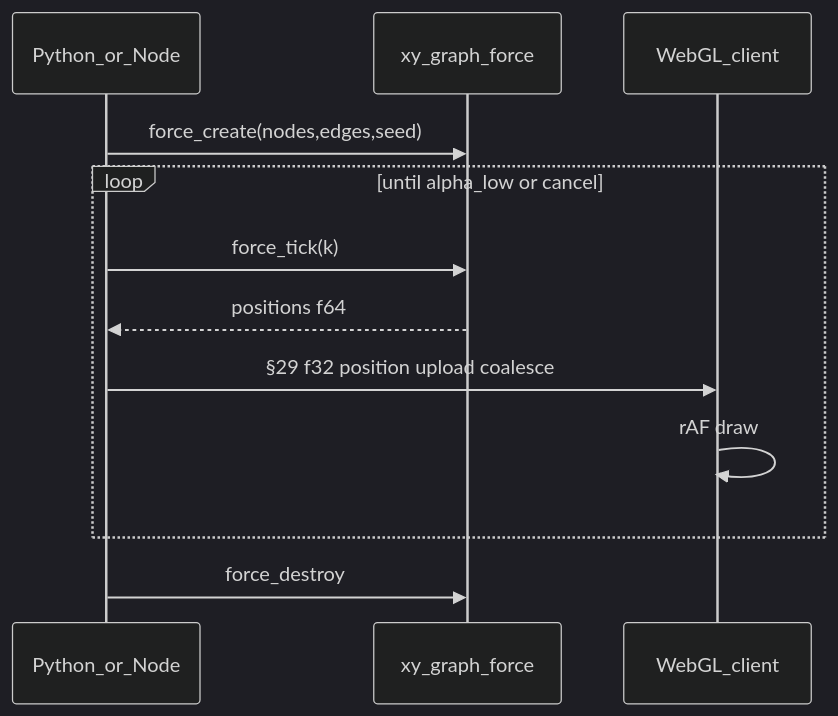
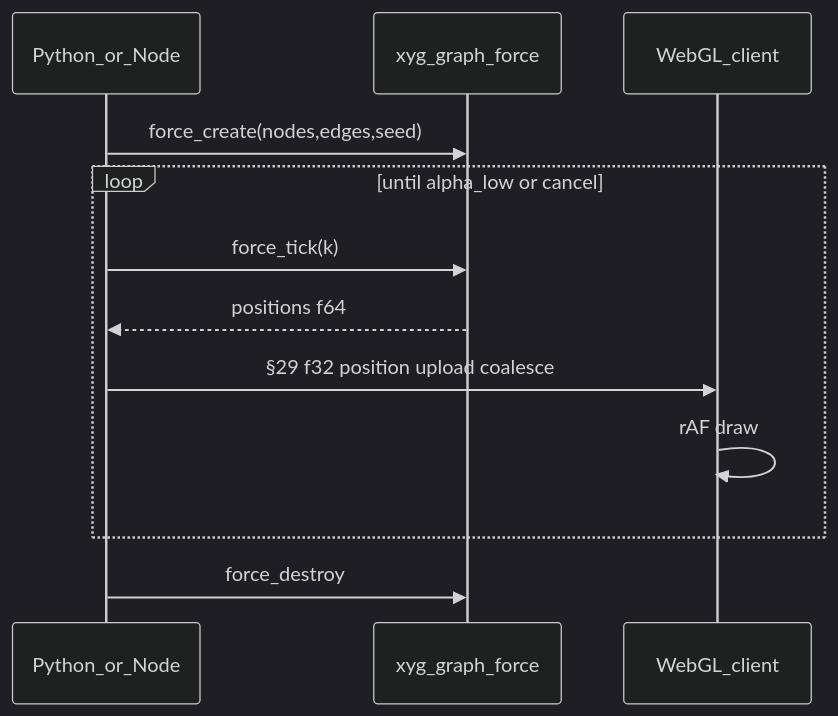
The diagram in spec/design/graph-mark.md (CurateLabs/xyg), drawn with Mermaid (dark theme) before and after one commit. The commit also changed other lines of this file and 58 other files, not shown here.

````diff
--- a/spec/design/graph-mark.md
+++ b/spec/design/graph-mark.md
@@ -212,14 +212,14 @@
 ```mermaid
 sequenceDiagram
   participant Host as Python_or_Node
-  participant Rust as xy_graph_force
+  participant Rust as xyg_graph_force
   participant Client as WebGL_client
   Host->>Rust: force_create(nodes,edges,seed)
   loop until alpha_low or cancel
     Host->>Rust: force_tick(k)
     Rust-->>Host: positions f64
     Host->>Client: §29 f32 position upload coalesce
     Client->>Client: rAF draw
   end
   Host->>Rust: force_destroy
 ```
````
